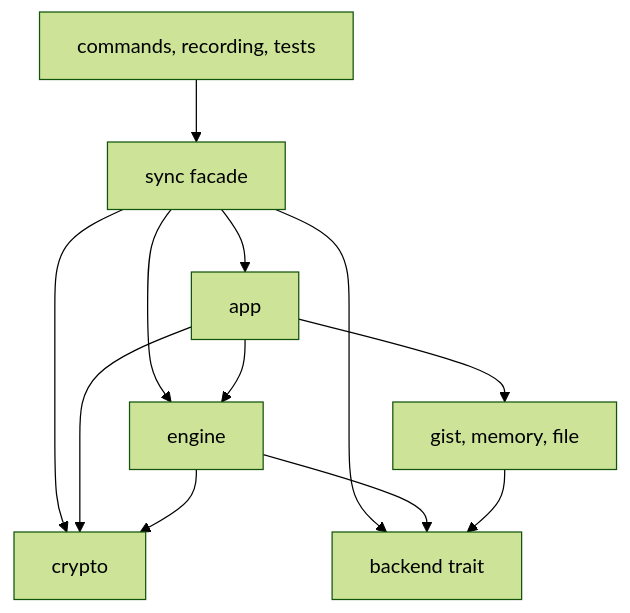
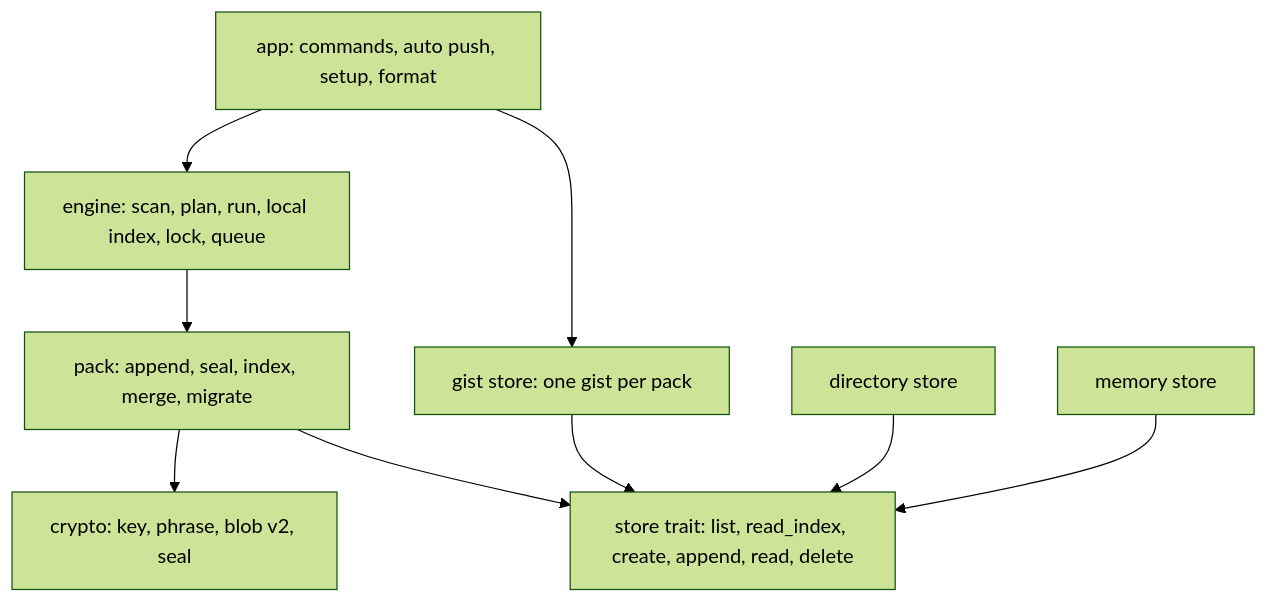
One commit to thiscantbeserious/agent-session-recorder changed the first of 7 diagrams in docs/architecture/sync.md. Above: the diagram before and after it, drawn with Mermaid (forest theme). The commit also changed other lines of this file and 6 other files, not shown here.

First line of the commit message:
docs(docs): sync architecture, user page, command wiki with intro, configuration, COMMANDS, man pages and README for packs

````diff
--- a/docs/architecture/sync.md
+++ b/docs/architecture/sync.md
@@ -29,14 +27,11 @@
 ```mermaid
 flowchart TD
-    ext[commands, recording, tests] --> facade[sync facade]
-    facade --> app
-    facade --> engine
-    facade --> trait[backend trait]
-    facade --> crypto
-    app --> engine
-    app --> impls[gist, memory, file]
-    app --> crypto
-    engine --> crypto
-    engine --> trait
-    impls --> trait
+    app[app: commands, auto push, setup, format] --> engine[engine: scan, plan, run, local index, lock, queue]
+    engine --> pack[pack: append, seal, index, merge, migrate]
+    pack --> crypto[crypto: key, phrase, blob v2, seal]
+    pack --> store[store trait: list, read_index, create, append, read, delete]
+    gist[gist store: one gist per pack] --> store
+    dir[directory store] --> store
+    mem[memory store] --> store
+    app --> gist
 ```
````
